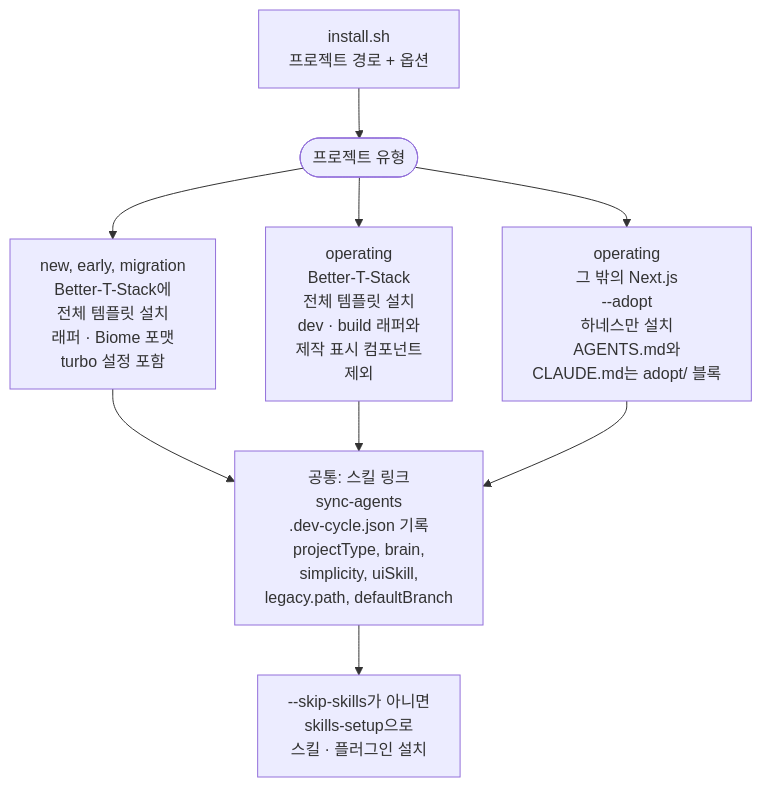
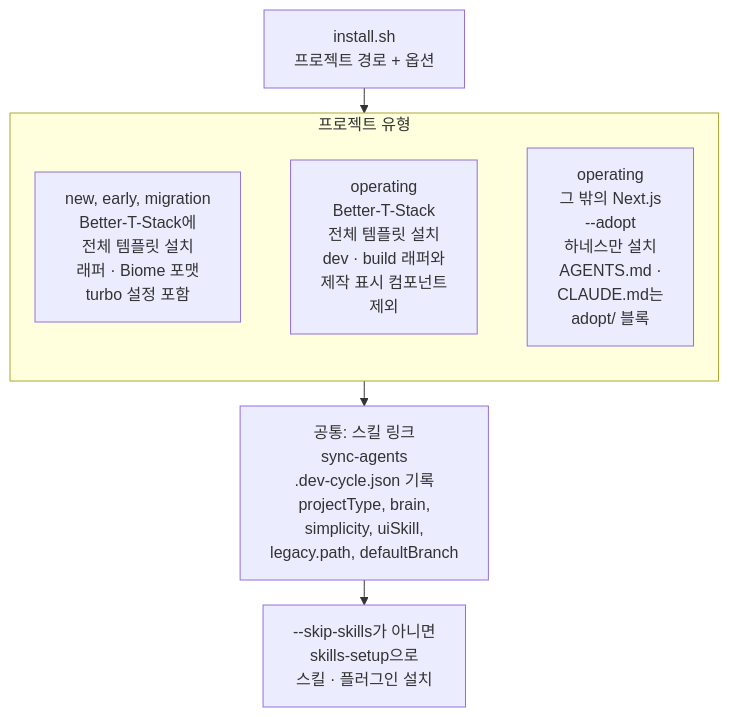
One commit to roadkwon-ai/pro-kit changed the diagram in handbook/templates/installer.md. Above: the diagram before and after it, drawn with Mermaid. The commit also changed 26 other files, not shown here.

````diff
--- a/handbook/templates/installer.md
+++ b/handbook/templates/installer.md
@@ -55,16 +55,18 @@
 ```mermaid
 ---
 config:
   flowchart:
-    wrappingWidth: 200
+    wrappingWidth: 220
+    rankSpacing: 25
 ---
 flowchart TB
-  S["install.sh<br/>프로젝트 경로 + 옵션"] --> T(["프로젝트 유형"])
-  T --> B["new, early, migration<br/>Better-T-Stack에<br/>전체 템플릿 설치<br/>래퍼 · Biome 포맷<br/>turbo 설정 포함"]
-  T --> O["operating<br/>Better-T-Stack<br/>전체 템플릿 설치<br/>dev · build 래퍼와<br/>제작 표시 컴포넌트<br/>제외"]
-  T --> A["operating<br/>그 밖의 Next.js<br/>--adopt<br/>하네스만 설치<br/>AGENTS.md와<br/>CLAUDE.md는 adopt/ 블록"]
-  B --> R["공통: 스킬 링크<br/>sync-agents<br/>.dev-cycle.json 기록<br/>projectType, brain,<br/>simplicity, uiSkill,<br/>legacy.path, defaultBranch"]
-  O --> R
-  A --> R
+  S["install.sh<br/>프로젝트 경로 + 옵션"] --> TY
+  subgraph TY["프로젝트 유형"]
+    B["new, early, migration<br/>Better-T-Stack에<br/>전체 템플릿 설치<br/>래퍼 · Biome 포맷<br/>turbo 설정 포함"]
+    O["operating<br/>Better-T-Stack<br/>전체 템플릿 설치<br/>dev · build 래퍼와<br/>제작 표시 컴포넌트<br/>제외"]
+    A["operating<br/>그 밖의 Next.js<br/>--adopt<br/>하네스만 설치<br/>AGENTS.md ·<br/>CLAUDE.md는<br/>adopt/ 블록"]
+    B ~~~ O ~~~ A
+  end
+  TY --> R["공통: 스킬 링크<br/>sync-agents<br/>.dev-cycle.json 기록<br/>projectType, brain,<br/>simplicity, uiSkill,<br/>legacy.path, defaultBranch"]
   R --> K["--skip-skills가 아니면<br/>skills-setup으로<br/>스킬 · 플러그인 설치"]
 ```
````
